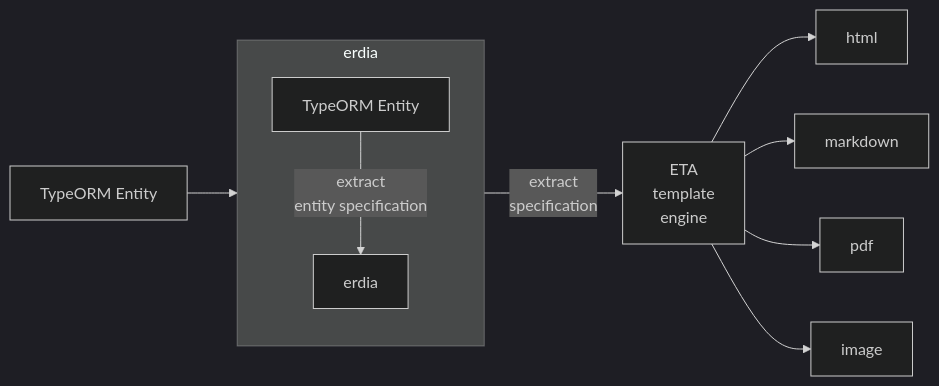
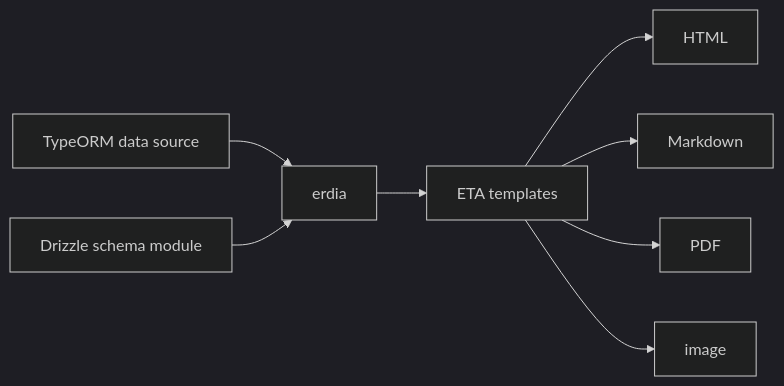
One commit to imjuni/erdia changed the diagram in README.md. Above: the diagram before and after it, drawn with Mermaid (dark theme). The commit also changed other lines of this file and 3 other files, not shown here.

````diff
--- a/README.md
+++ b/README.md
@@ -46,14 +46,11 @@
 ```mermaid
 graph LR
 
-A[TypeORM Entity] --> erdia
-subgraph erdia
-direction TB
-C[TypeORM Entity]-->|extract <br/>entity specification|B[erdia]
-end
-erdia-->|extract <br />specification|D
-D[ETA<br />template<br />engine]-->E[html]
-D-->F[markdown]
-D-->G[pdf]
-D-->H[image]
+A[TypeORM data source] --> C[erdia]
+B[Drizzle schema module] --> C
+C --> D[ETA templates]
+D --> E[HTML]
+D --> F[Markdown]
+D --> G[PDF]
+D --> H[image]
 ```
````
